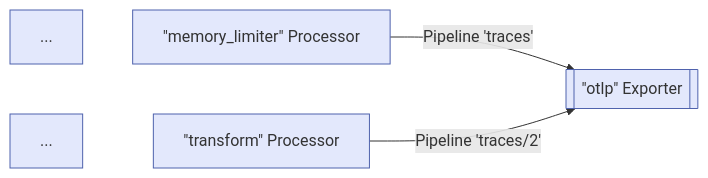
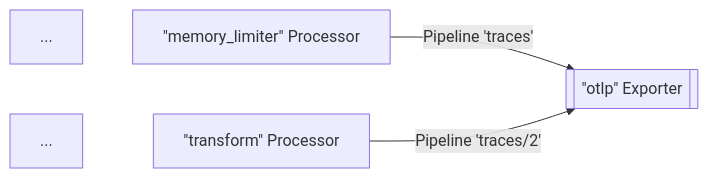
The third of 7 diagrams in content/en/docs/collector/architecture.md (open-telemetry/opentelemetry.io), drawn with Mermaid before and after one commit. The commit also changed other lines of this file, not shown here.

Commit message:
Make collector mermaid diagrams darkmode compatible

````diff
--- a/content/en/docs/collector/architecture.md
+++ b/content/en/docs/collector/architecture.md
@@ -192,9 +187,7 @@
 ```mermaid
 flowchart LR
-    M1[...] ~~~ P1["`#quot;memory_limiter#quot; Processor`"]
-    M2[...] ~~~ P2["`#quot;transform#quot; Processor`"]
-    P1 -->|Pipeline 'traces'|E1[["`#quot;otlp#quot; Exporter`"]]
-    P2 -->|Pipeline 'traces/2'|E1
-
-    classDef default fill:#e3e8fc,stroke:#4f62ad;
+  M1[...] ~~~ P1["`#quot;memory_limiter#quot; Processor`"]
+  M2[...] ~~~ P2["`#quot;transform#quot; Processor`"]
+  P1 -->|Pipeline 'traces'|E1[["`#quot;otlp#quot; Exporter`"]]
+  P2 -->|Pipeline 'traces/2'|E1
 ```
````
